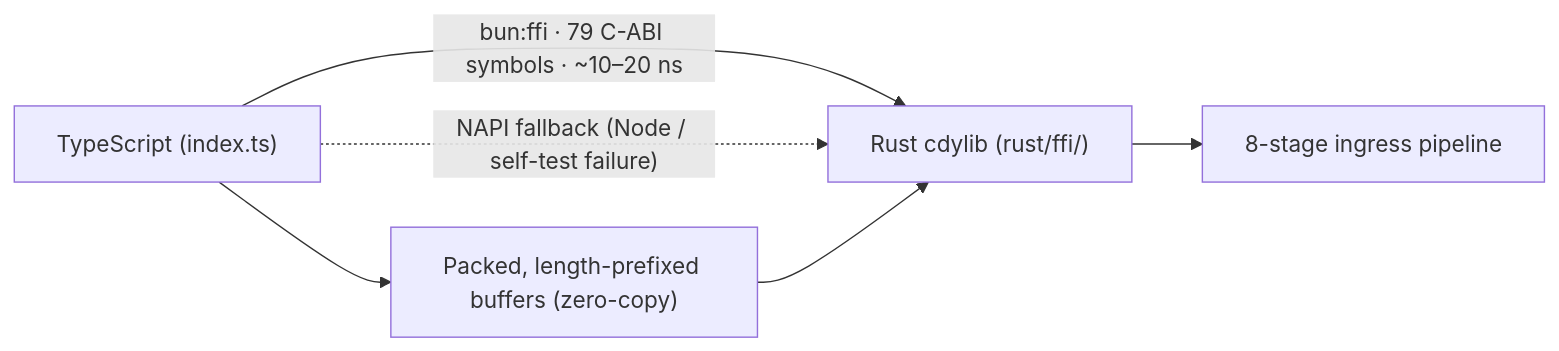
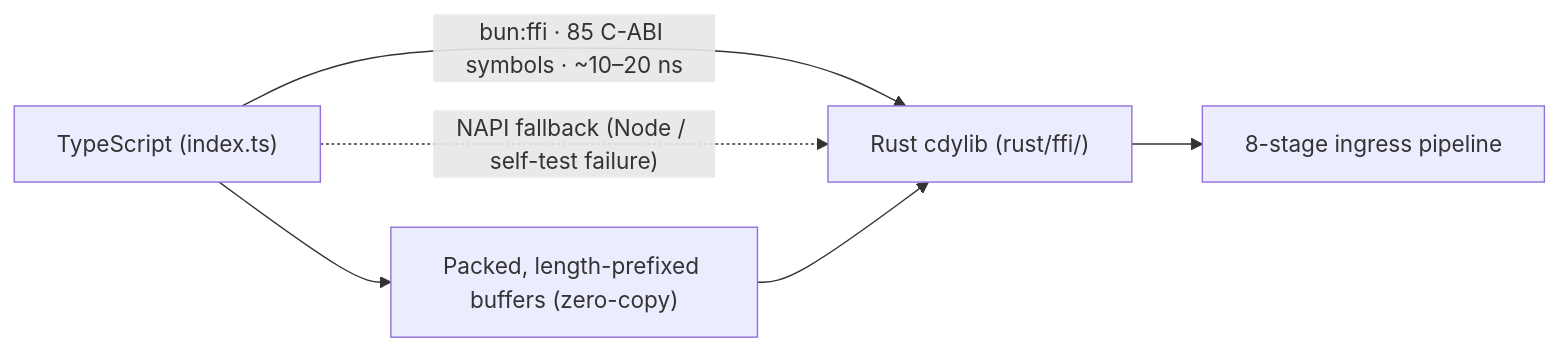
The diagram in docs/CASE_STUDY.md (Axylabs/castrum), drawn with Mermaid before and after one commit. The commit also changed other lines of this file and 23 other files, not shown here.

````diff
--- a/docs/CASE_STUDY.md
+++ b/docs/CASE_STUDY.md
@@ -57,8 +57,8 @@
 ```mermaid
 flowchart LR
-    TS["TypeScript (index.ts)"] -->|"bun:ffi · 79 C-ABI symbols · ~10–20 ns"| RUST["Rust cdylib (rust/ffi/)"]
+    TS["TypeScript (index.ts)"] -->|"bun:ffi · 85 C-ABI symbols · ~10–20 ns"| RUST["Rust cdylib (rust/ffi/)"]
     TS -.->|"NAPI fallback (Node / self-test failure)"| RUST
     RUST --> PIPELINE["8-stage ingress pipeline"]
     TS --> PACKED["Packed, length-prefixed buffers (zero-copy)"]
     PACKED --> RUST
 ```
````
